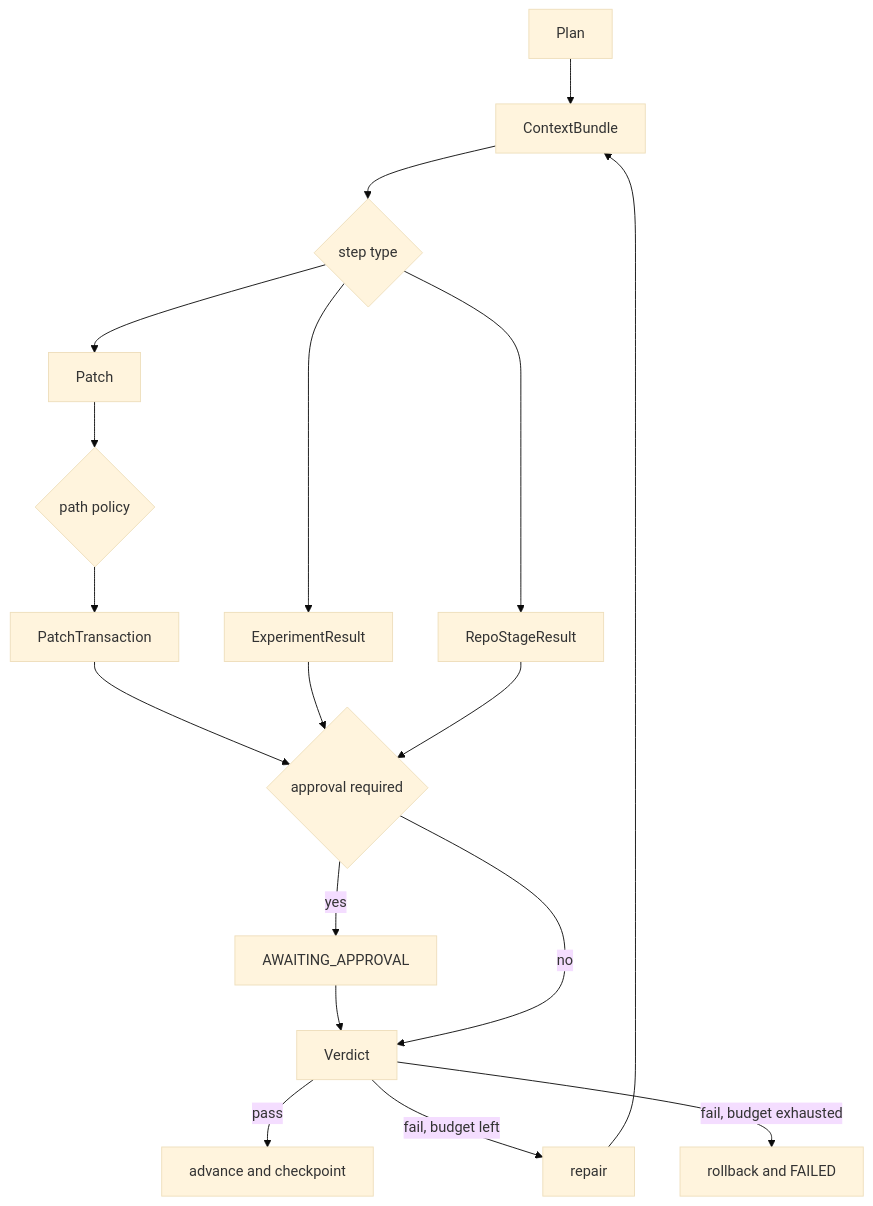
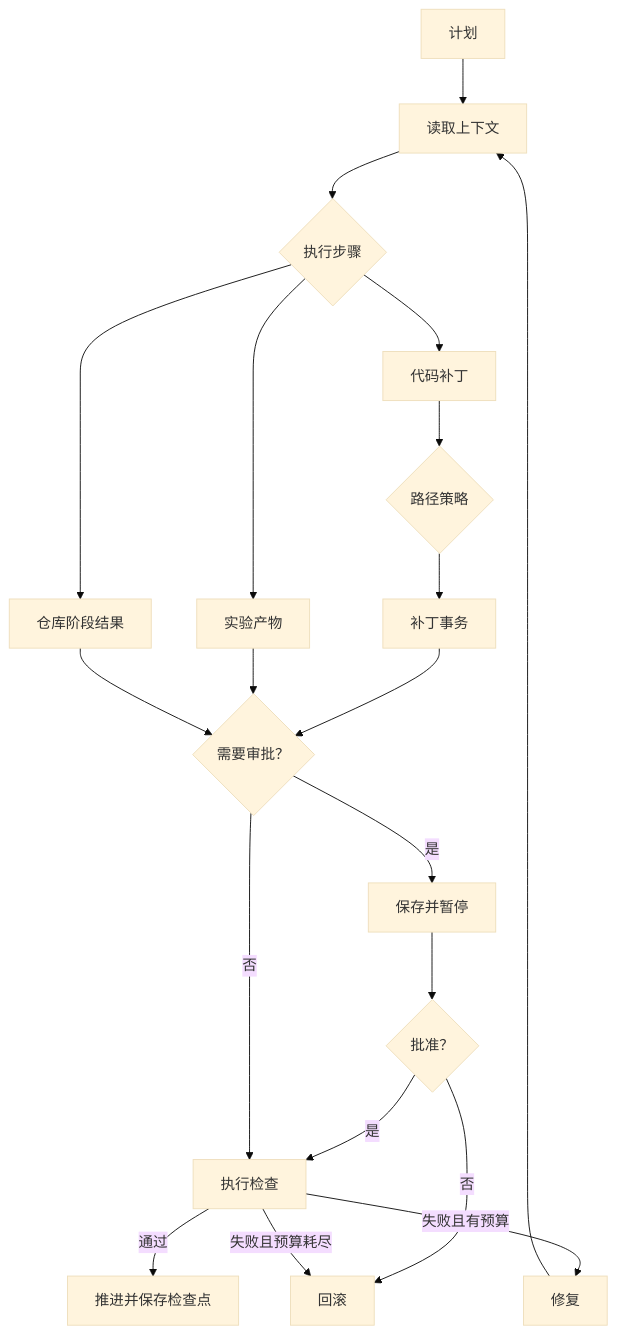
The first of 2 diagrams in docs/ARCHITECTURE.md (liuqjjin/long-horizon-agent), drawn with Mermaid (base theme) before and after one commit. The commit also changed other lines of this file and 16 other files, not shown here.

````diff
--- a/docs/ARCHITECTURE.md
+++ b/docs/ARCHITECTURE.md
@@ -27,20 +40,22 @@
 ```mermaid
 flowchart TD
-    PLAN["Plan"] --> CONTEXT["ContextBundle"]
-    CONTEXT --> EXECUTE{"step type"}
-    EXECUTE --> PATCH["Patch"]
-    EXECUTE --> EXPERIMENT["ExperimentResult"]
-    EXECUTE --> STAGE["RepoStageResult"]
-    PATCH --> POLICY{"path policy"}
-    POLICY --> TX["PatchTransaction"]
-    TX --> APPROVAL{"approval required"}
-    EXPERIMENT --> APPROVAL
-    STAGE --> APPROVAL
-    APPROVAL -- "yes" --> PAUSE["AWAITING_APPROVAL"]
-    PAUSE --> VERIFY["Verdict"]
-    APPROVAL -- "no" --> VERIFY
-    VERIFY -- "pass" --> NEXT["advance and checkpoint"]
-    VERIFY -- "fail, budget left" --> REPAIR["repair"]
-    VERIFY -- "fail, budget exhausted" --> ROLLBACK["rollback and FAILED"]
+    PLAN["计划"] --> CONTEXT["读取上下文"]
+    CONTEXT --> EXECUTE{"执行步骤"}
+    EXECUTE --> PATCH["代码补丁"]
+    EXECUTE --> EXPERIMENT["实验产物"]
+    EXECUTE --> STAGE["仓库阶段结果"]
+    PATCH --> POLICY{"路径策略"}
+    POLICY --> TX["补丁事务"]
+    TX --> REVIEW{"需要审批？"}
+    EXPERIMENT --> REVIEW
+    STAGE --> REVIEW
+    REVIEW -- "是" --> PAUSE["保存并暂停"]
+    PAUSE --> DECISION{"批准？"}
+    DECISION -- "是" --> VERIFY["执行检查"]
+    DECISION -- "否" --> ROLLBACK["回滚"]
+    REVIEW -- "否" --> VERIFY
+    VERIFY -- "通过" --> NEXT["推进并保存检查点"]
+    VERIFY -- "失败且有预算" --> REPAIR["修复"]
+    VERIFY -- "失败且预算耗尽" --> ROLLBACK
     REPAIR --> CONTEXT
 ```
````
